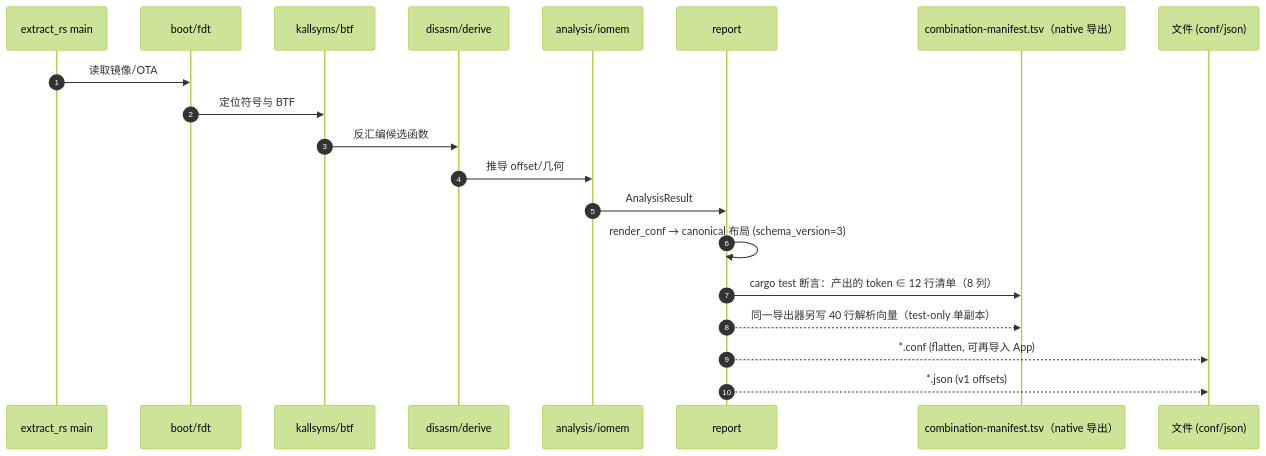
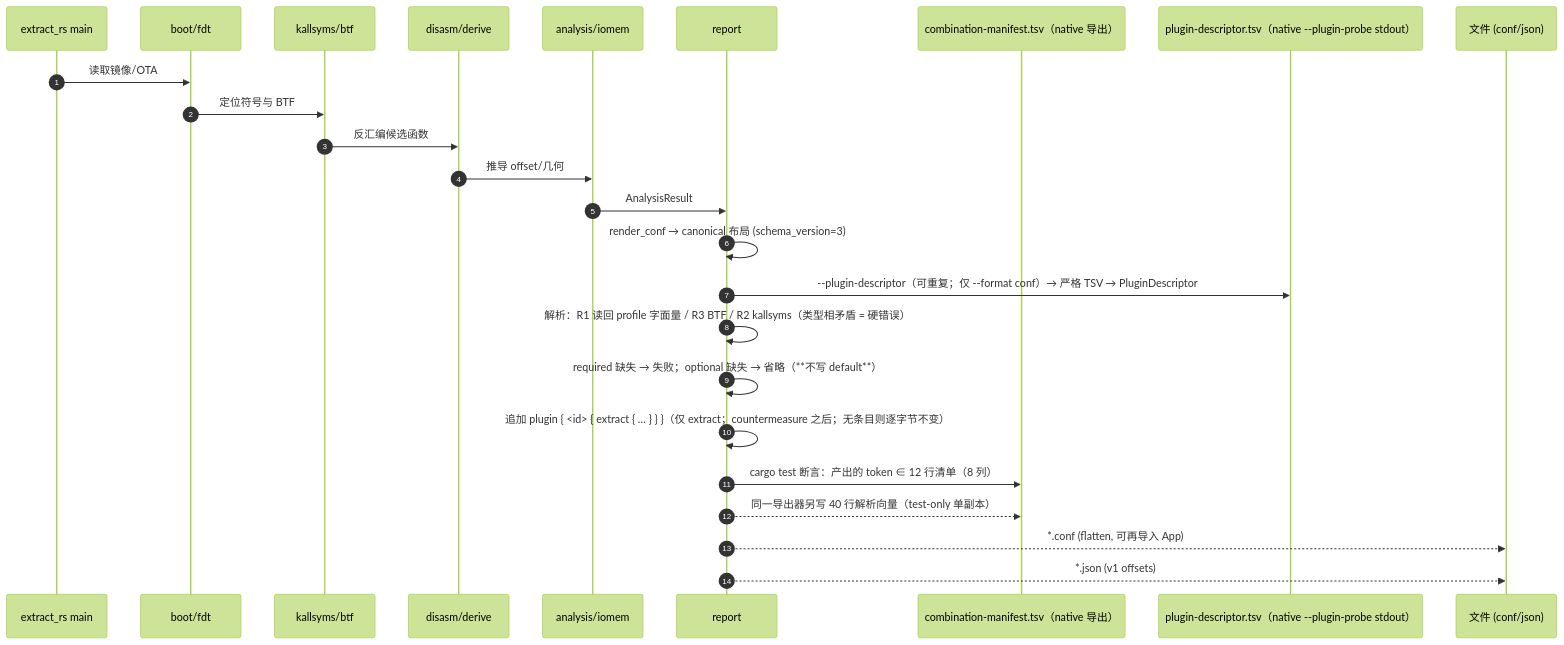
Diagram 13 of 14 in docs/development/full-process-uml.md (YuKongA/ghostlock-app), drawn with Mermaid (forest theme) before and after one commit. The commit also changed other lines of this file and 169 other files, not shown here.

````diff
--- a/docs/development/full-process-uml.md
+++ b/docs/development/full-process-uml.md
@@ -561,22 +662,27 @@
 ```mermaid
 sequenceDiagram
   autonumber
   participant CLI as extract_rs main
   participant Boot as boot/fdt
   participant Sym as kallsyms/btf
   participant Dis as disasm/derive
   participant An as analysis/iomem
   participant Rep as report
   participant MF as combination-manifest.tsv（native 导出）
+  participant PD as plugin-descriptor.tsv（native --plugin-probe stdout）
   participant Out as 文件 (conf/json)
   CLI->>Boot: 读取镜像/OTA
   Boot->>Sym: 定位符号与 BTF
   Sym->>Dis: 反汇编候选函数
   Dis->>An: 推导 offset/几何
   An->>Rep: AnalysisResult
   Rep->>Rep: render_conf → canonical 布局 (schema_version=3)
+  Rep->>PD: --plugin-descriptor（可重复；仅 --format conf）→ 严格 TSV → PluginDescriptor
+  Rep->>Rep: 解析：R1 读回 profile 字面量 / R3 BTF / R2 kallsyms（类型相矛盾 = 硬错误）
+  Rep->>Rep: required 缺失 → 失败；optional 缺失 → 省略（**不写 default**）
+  Rep->>Rep: 追加 plugin { <id> { extract { … } } }（仅 extract；countermeasure 之后；无条目则逐字节不变）
   Rep->>MF: cargo test 断言：产出的 token ∈ 12 行清单（8 列）
   Rep-->>MF: 同一导出器另写 40 行解析向量（test-only 单副本）
   Rep-->>Out: *.conf (flatten, 可再导入 App)
   Rep-->>Out: *.json (v1 offsets)
 ```
````
